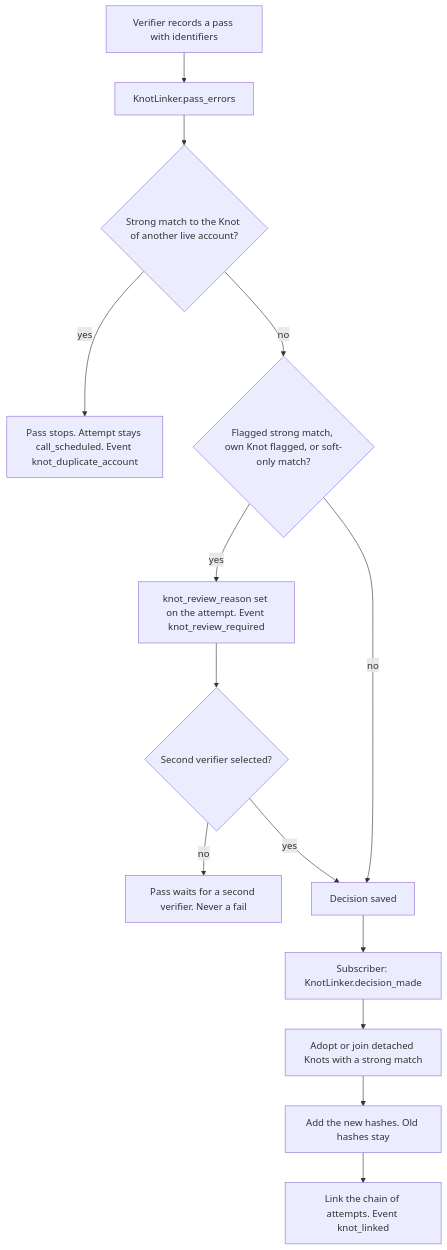
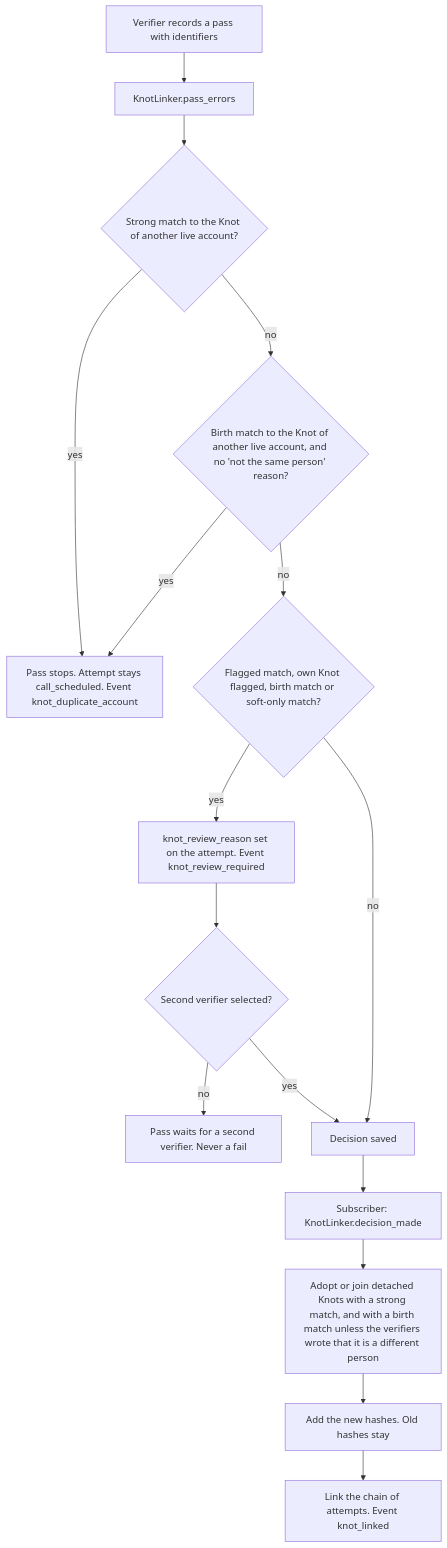
Before and after one commit to patchworklabsorg/weave: diagram 16 of 26 in docs/KYC.md, drawn with Mermaid. The commit also changed other lines of this file and 27 other files, not shown here.

Commit message:
feat(knot): link more of a person's ids with country of birth, national ids and state-scoped licences (#277)

````diff
--- a/docs/KYC.md
+++ b/docs/KYC.md
@@ -850,16 +864,18 @@
 ```mermaid
 flowchart TD
   A[Verifier records a pass with identifiers] --> B[KnotLinker.pass_errors]
   B --> C{Strong match to the Knot of another live account?}
   C -- yes --> D[Pass stops. Attempt stays call_scheduled. Event knot_duplicate_account]
-  C -- no --> E{Flagged strong match, own Knot flagged, or soft-only match?}
+  C -- no --> C2{Birth match to the Knot of another live account, and no 'not the same person' reason?}
+  C2 -- yes --> D
+  C2 -- no --> E{Flagged match, own Knot flagged, birth match or soft-only match?}
   E -- yes --> F[knot_review_reason set on the attempt. Event knot_review_required]
   F --> G{Second verifier selected?}
   G -- no --> H[Pass waits for a second verifier. Never a fail]
   G -- yes --> I[Decision saved]
   E -- no --> I
   I --> J[Subscriber: KnotLinker.decision_made]
-  J --> K[Adopt or join detached Knots with a strong match]
+  J --> K[Adopt or join detached Knots with a strong match, and with a birth match unless the verifiers wrote that it is a different person]
   K --> L[Add the new hashes. Old hashes stay]
   L --> M[Link the chain of attempts. Event knot_linked]
 ```
````
